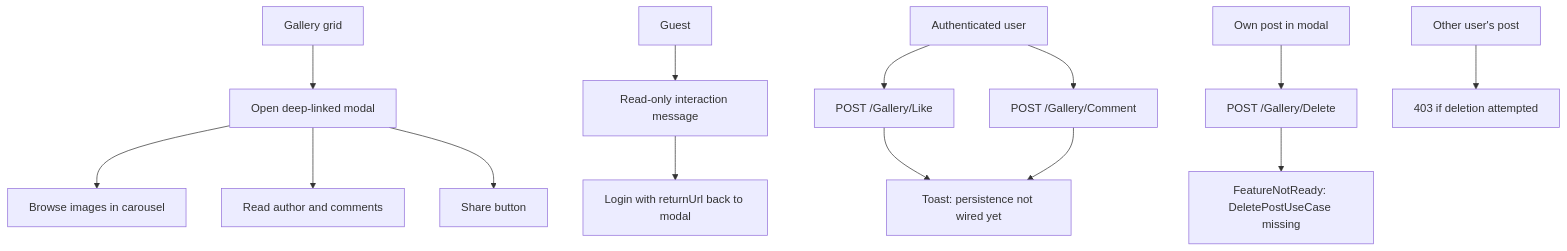
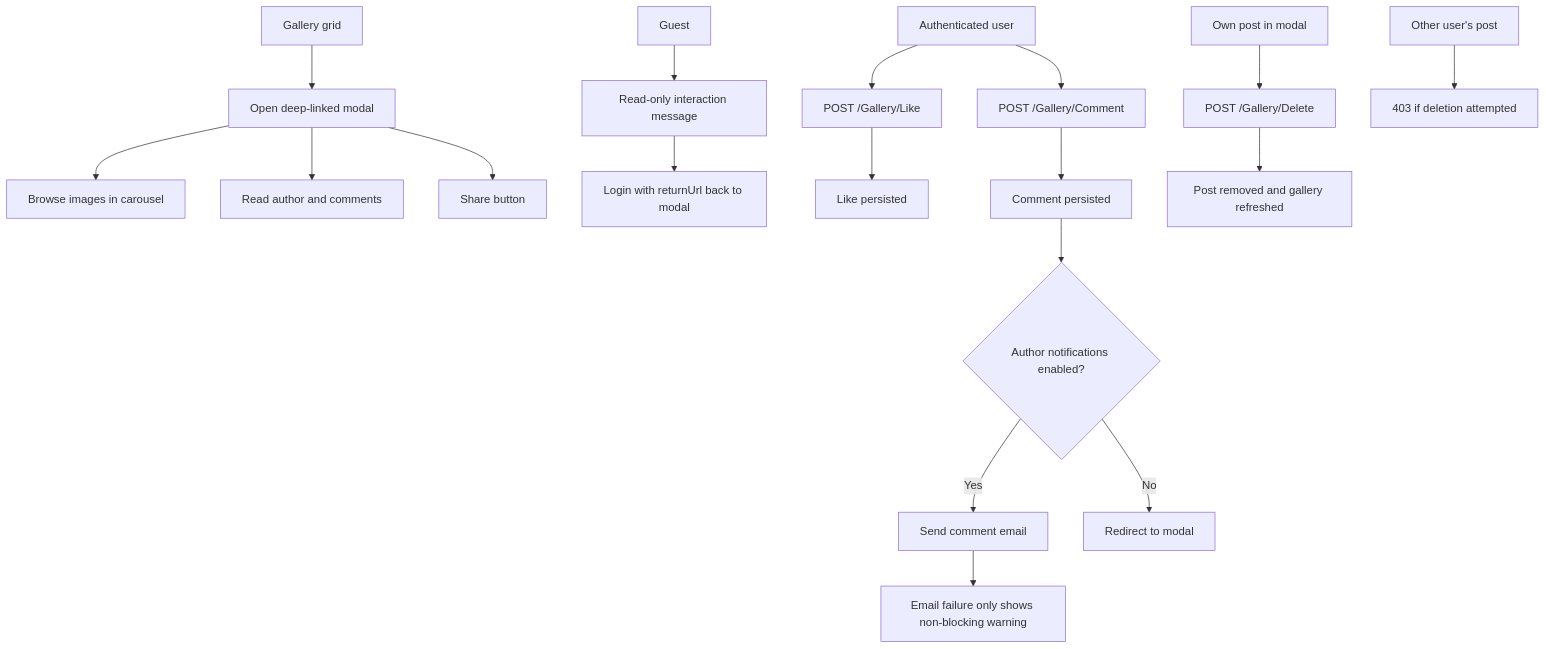
Before and after one commit to CodeWithCharles/42_camagru: the third of 4 diagrams in src/Camagru.Web/README.md, drawn with Mermaid. The commit also changed other lines of this file and 143 other files, not shown here.

````diff
--- a/src/Camagru.Web/README.md
+++ b/src/Camagru.Web/README.md
@@ -96,19 +101,23 @@
 ```mermaid
 flowchart TD
     Gallery["Gallery grid"] --> OpenModal["Open deep-linked modal"]
     OpenModal --> Carousel["Browse images in carousel"]
     OpenModal --> ReadComments["Read author and comments"]
     OpenModal --> Share["Share button"]
 
     Guest["Guest"] --> ReadOnly["Read-only interaction message"]
     ReadOnly --> Login["Login with returnUrl back to modal"]
 
     Auth["Authenticated user"] --> Like["POST /Gallery/Like"]
     Auth --> Comment["POST /Gallery/Comment"]
-    Like --> Placeholder["Toast: persistence not wired yet"]
-    Comment --> Placeholder
+    Like --> Toggle["Like persisted"]
+    Comment --> Persist["Comment persisted"]
+    Persist --> Notify{"Author notifications enabled?"}
+    Notify -->|Yes| Email["Send comment email"]
+    Notify -->|No| Done["Redirect to modal"]
+    Email --> Warning["Email failure only shows non-blocking warning"]
 
     OwnPost["Own post in modal"] --> Delete["POST /Gallery/Delete"]
-    Delete --> DeletePlaceholder["FeatureNotReady: DeletePostUseCase missing"]
+    Delete --> DeleteOK["Post removed and gallery refreshed"]
     OtherPost["Other user's post"] --> Forbidden["403 if deletion attempted"]
 ```
````
